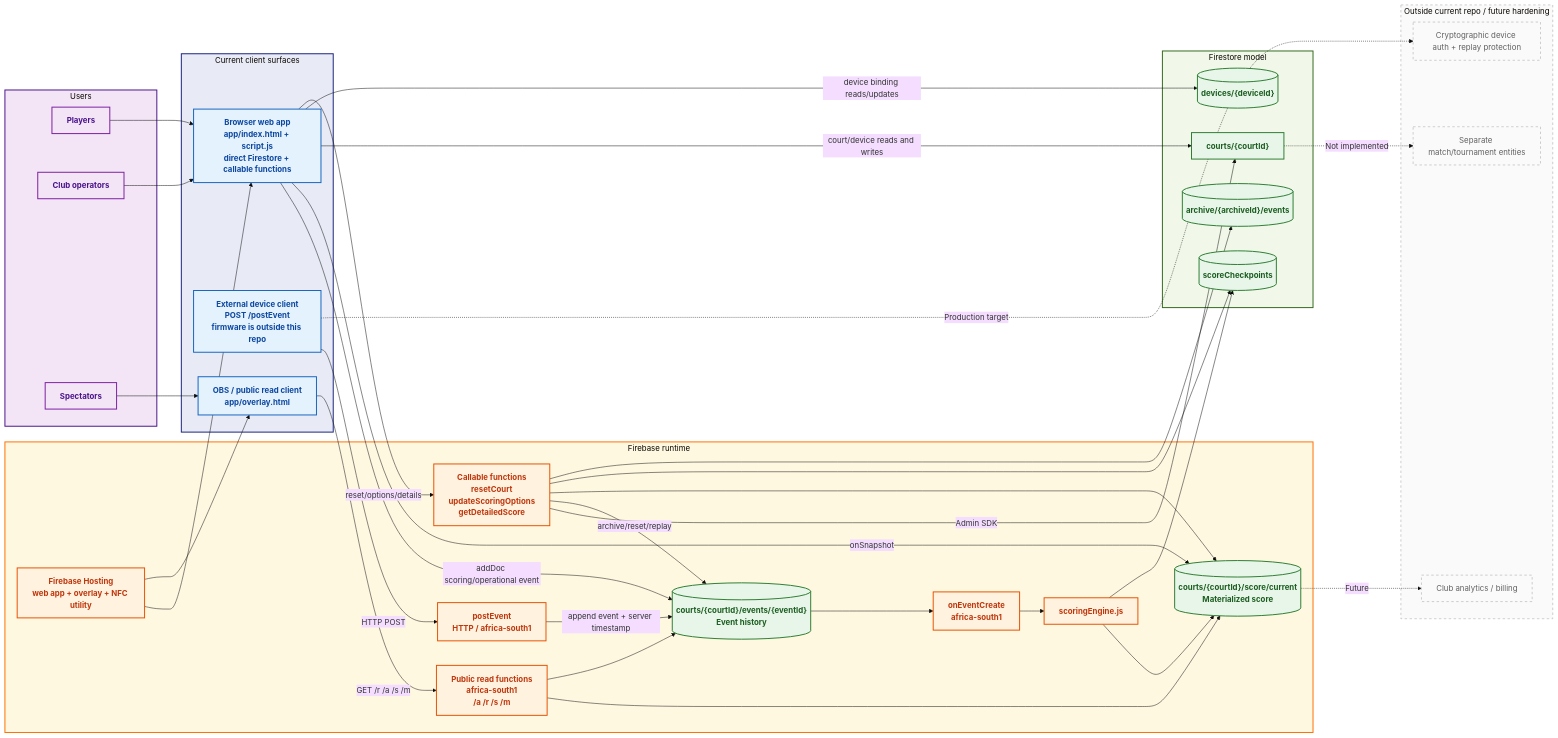
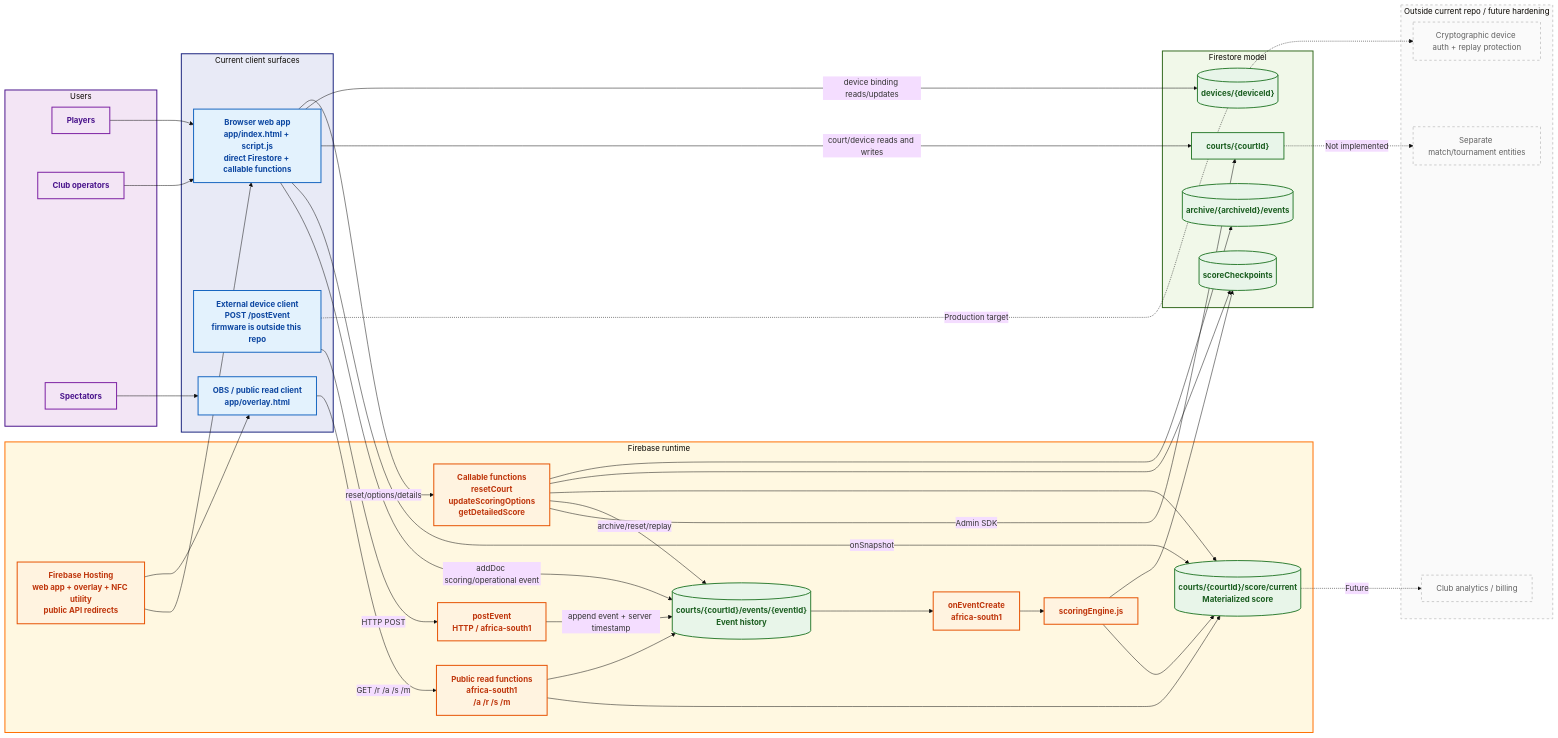
Before and after one commit to creepyLANguy/PuntoPrototype: the diagram in docs/PP_Basic_Flow.mmd, drawn with Mermaid.

Commit message:
docs: document Hosting redirect to Johannesburg functions

```diff
--- a/docs/PP_Basic_Flow.mmd
+++ b/docs/PP_Basic_Flow.mmd
@@ -1,95 +1,95 @@
 ---
 config:
     theme: base
 ---
 
 flowchart LR
 
     classDef client fill:#E3F2FD,stroke:#1565C0,stroke-width:2px,color:#0D47A1,font-weight:bold;
     classDef firebase fill:#FFF3E0,stroke:#E65100,stroke-width:2px,color:#BF360C,font-weight:bold;
     classDef data fill:#E8F5E9,stroke:#2E7D32,stroke-width:2px,color:#1B5E20,font-weight:bold;
     classDef user fill:#F3E5F5,stroke:#7B1FA2,stroke-width:2px,color:#4A148C,font-weight:bold;
     classDef future fill:#FAFAFA,stroke:#9E9E9E,stroke-width:1px,stroke-dasharray:5 5,color:#616161;
 
     subgraph CLIENTS["Current client surfaces"]
         WebApp["Browser web app<br/>app/index.html + script.js<br/>direct Firestore + callable functions"]
         Device["External device client<br/>POST /postEvent<br/>firmware is outside this repo"]
         Overlay["OBS / public read client<br/>app/overlay.html"]
     end
 
     subgraph FIREBASE["Firebase runtime"]
-        Hosting["Firebase Hosting<br/>web app + overlay + NFC utility"]
+        Hosting["Firebase Hosting<br/>web app + overlay + NFC utility<br/>public API redirects"]
         Ingestion["postEvent<br/>HTTP / africa-south1"]
         Events[("courts/{courtId}/events/{eventId}<br/>Event history")]
         Trigger["onEventCreate<br/>africa-south1"]
         Scoring["scoringEngine.js"]
         LiveState[("courts/{courtId}/score/current<br/>Materialized score")]
         Callable["Callable functions<br/>resetCourt<br/>updateScoringOptions<br/>getDetailedScore"]
         PublicAPI["Public read functions<br/>africa-south1<br/>/a /r /s /m"]
     end
 
     subgraph DATA["Firestore model"]
         Court["courts/{courtId}"]
         Checkpoints[("scoreCheckpoints")]
         Archives[("archive/{archiveId}/events")]
         Devices[("devices/{deviceId}")]
     end
 
     subgraph USERS["Users"]
         Player["Players"]
         Club["Club operators"]
         Spectator["Spectators"]
     end
 
     subgraph FUTURE["Outside current repo / future hardening"]
         Hmac["Cryptographic device auth + replay protection"]
         Match["Separate match/tournament entities"]
         Analytics["Club analytics / billing"]
     end
 
     Hosting --> WebApp
     Hosting --> Overlay
 
     Player --> WebApp
     Club --> WebApp
     Spectator --> Overlay
 
     WebApp -->|"addDoc scoring/operational event"| Events
     WebApp -->|"onSnapshot"| LiveState
     WebApp -->|"court/device reads and writes"| Court
     WebApp -->|"device binding reads/updates"| Devices
     WebApp -->|"reset/options/details"| Callable
 
     Device -->|"HTTP POST"| Ingestion
     Ingestion -->|"append event + server timestamp"| Events
 
     Events --> Trigger
     Trigger --> Scoring
     Scoring --> LiveState
     Scoring --> Checkpoints
 
     Callable -->|"Admin SDK"| Court
     Callable -->|"archive/reset/replay"| Events
     Callable --> LiveState
     Callable --> Checkpoints
     Callable --> Archives
 
     Overlay -->|"GET /r /a /s /m"| PublicAPI
     PublicAPI --> LiveState
     PublicAPI --> Events
 
     Device -. "Production target" .-> Hmac
     Court -. "Not implemented" .-> Match
     LiveState -. "Future" .-> Analytics
 
     class WebApp,Device,Overlay client
     class Hosting,Ingestion,Trigger,Scoring,Callable,PublicAPI firebase
     class Events,LiveState,Court,Checkpoints,Archives,Devices data
     class Player,Club,Spectator user
     class Hmac,Match,Analytics future
 
     style CLIENTS fill:#E8EAF6,stroke:#1A237E,stroke-width:2px;
     style FIREBASE fill:#FFF8E1,stroke:#FF6F00,stroke-width:2px;
     style DATA fill:#F1F8E9,stroke:#33691E,stroke-width:2px;
     style USERS fill:#F3E5F5,stroke:#4A148C,stroke-width:2px;
     style FUTURE fill:#FAFAFA,stroke:#9E9E9E,stroke-dasharray:5 5;
```
